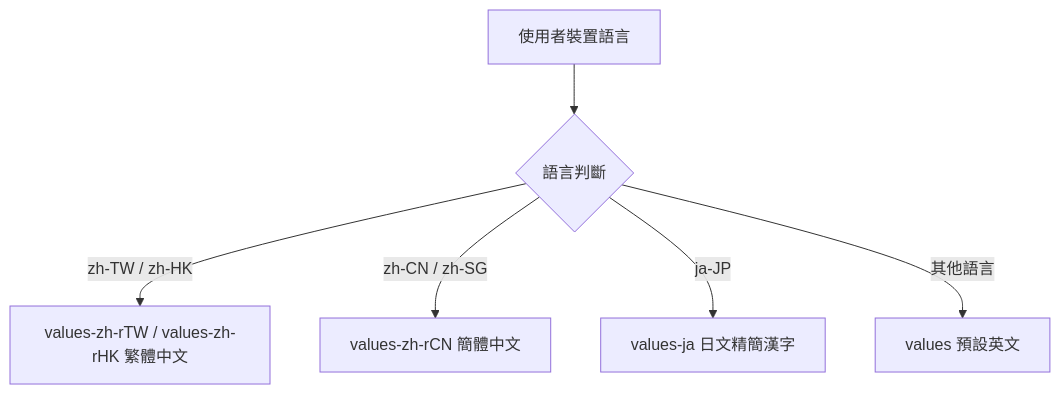
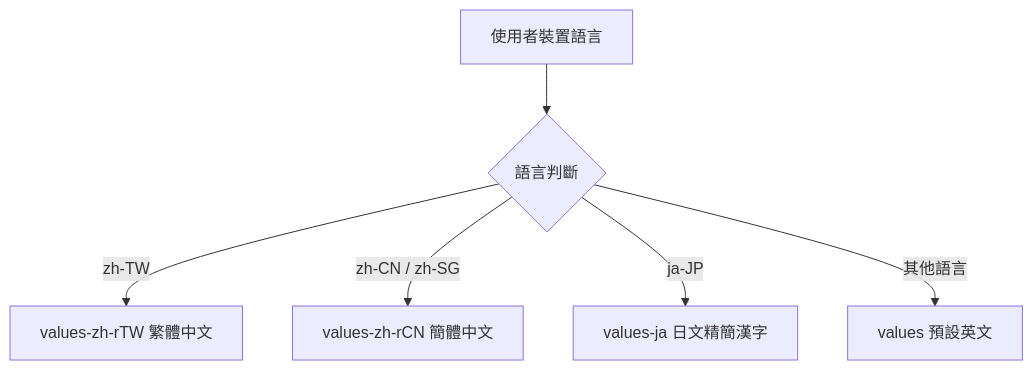
The diagram in openspec/specs/multilingual-support/spec.md (kafeiou/GitNoteTaking), drawn with Mermaid before and after one commit. The commit also changed other lines of this file and 33 other files, not shown here.

````diff
--- a/openspec/specs/multilingual-support/spec.md
+++ b/openspec/specs/multilingual-support/spec.md
@@ -12,8 +12,8 @@
 ```mermaid
 flowchart TD
     A[使用者裝置語言] --> B{語言判斷}
-    B -->|zh-TW / zh-HK| C[values-zh-rTW / values-zh-rHK 繁體中文]
+    B -->|zh-TW| C[values-zh-rTW 繁體中文]
     B -->|zh-CN / zh-SG| D[values-zh-rCN 簡體中文]
     B -->|ja-JP| E[values-ja 日文精簡漢字]
     B -->|其他語言| F[values 預設英文]
 ```
````
